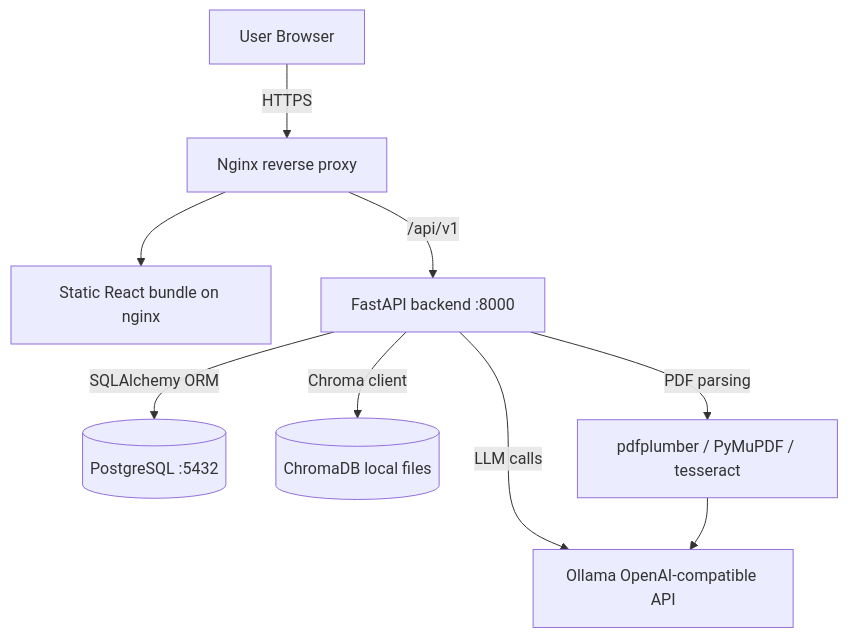
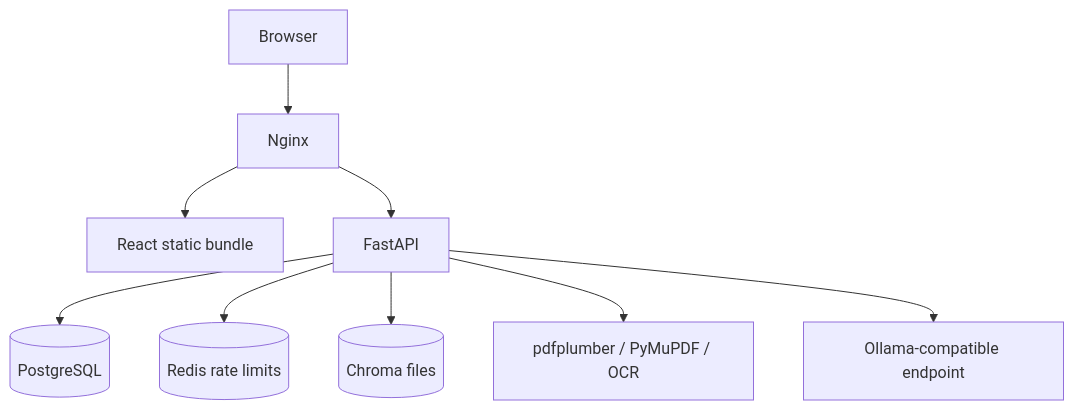
Before and after one commit to ShashidhaReddy3333/nutritrack: the diagram in README.md, drawn with Mermaid. The commit also changed other lines of this file and 56 other files, not shown here.

````diff
--- a/README.md
+++ b/README.md
@@ -7,11 +7,11 @@
 ```mermaid
 graph TD
-    U[User Browser] -->|HTTPS| N[Nginx reverse proxy]
-    N --> F[Static React bundle on nginx]
-    N -->|/api/v1| B[FastAPI backend :8000]
-    B -->|SQLAlchemy ORM| DB[(PostgreSQL :5432)]
-    B -->|Chroma client| VDB[(ChromaDB local files)]
-    B -->|PDF parsing| PDF[pdfplumber / PyMuPDF / tesseract]
-    B -->|LLM calls| OLL[Ollama OpenAI-compatible API]
-    PDF --> OLL
+    Browser --> Nginx
+    Nginx --> Frontend[React static bundle]
+    Nginx --> Backend[FastAPI]
+    Backend --> Postgres[(PostgreSQL)]
+    Backend --> Redis[(Redis rate limits)]
+    Backend --> Chroma[(Chroma files)]
+    Backend --> PDF[pdfplumber / PyMuPDF / OCR]
+    Backend --> LLM[Ollama-compatible endpoint]
 ```
````
